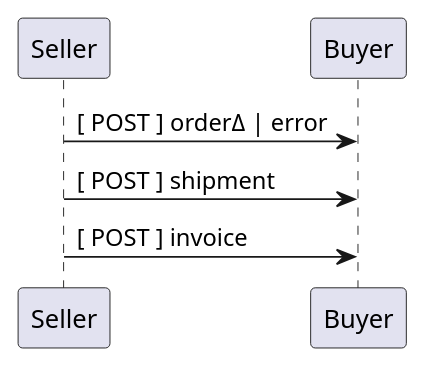
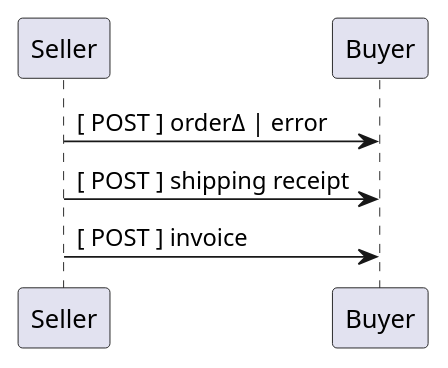
Before and after one commit to EciStg/order-placement: the fifth of 6 diagrams in overview.org, drawn with PlantUML. The commit also changed other lines of this file and 13 other files, not shown here.

```diff
--- a/overview.org
+++ b/overview.org
@@ -52,7 +52,7 @@
 #+BEGIN_SRC plantuml :file ./images/sequence-seller2buyer.puml.png :exports results
 @startuml sequence-seller2buyer.png
 Seller -> Buyer: [ POST ] order<U+0394> | error
-Seller -> Buyer: [ POST ] shipment
+Seller -> Buyer: [ POST ] shipping receipt
 Seller -> Buyer: [ POST ] invoice
 @enduml
 #+END_SRC
```
